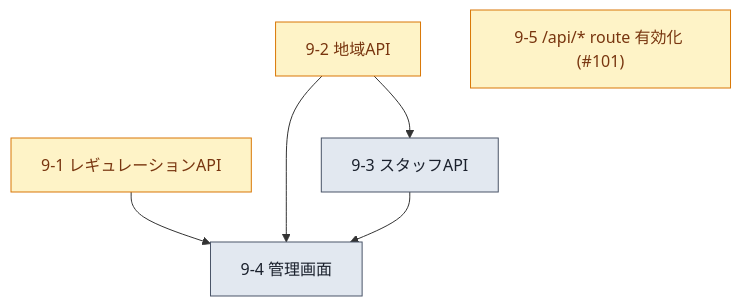
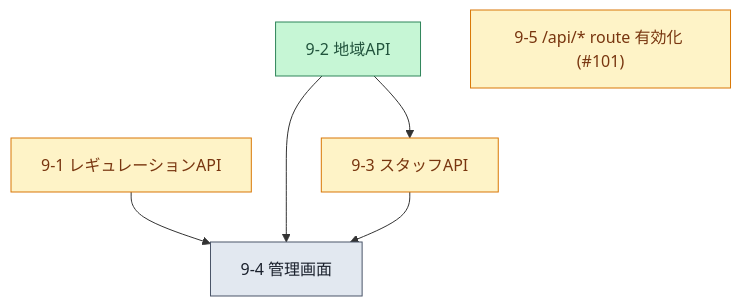
The ninth of 12 diagrams in tasks.md (m-uesaka/regional-quiz-entry-form), drawn with Mermaid before and after one commit. The commit also changed other lines of this file and 7 other files, not shown here.

````diff
--- a/tasks.md
+++ b/tasks.md
@@ -210,11 +210,12 @@
 ```mermaid
 graph TD
   T91["9-1 レギュレーションAPI"]:::next --> T94["9-4 管理画面"]:::todo
-  T92["9-2 地域API"]:::next --> T93["9-3 スタッフAPI"]:::todo
+  T92["9-2 地域API"]:::done --> T93["9-3 スタッフAPI"]:::next
   T92 --> T94
   T93 --> T94
   T95["9-5 /api/* route 有効化 (#101)"]:::next
 
+  classDef done fill:#c6f6d5,stroke:#2f855a,color:#22543d;
   classDef todo fill:#e2e8f0,stroke:#4a5568,color:#1a202c;
   classDef next fill:#fef3c7,stroke:#d97706,color:#78350f;
 ```
````
